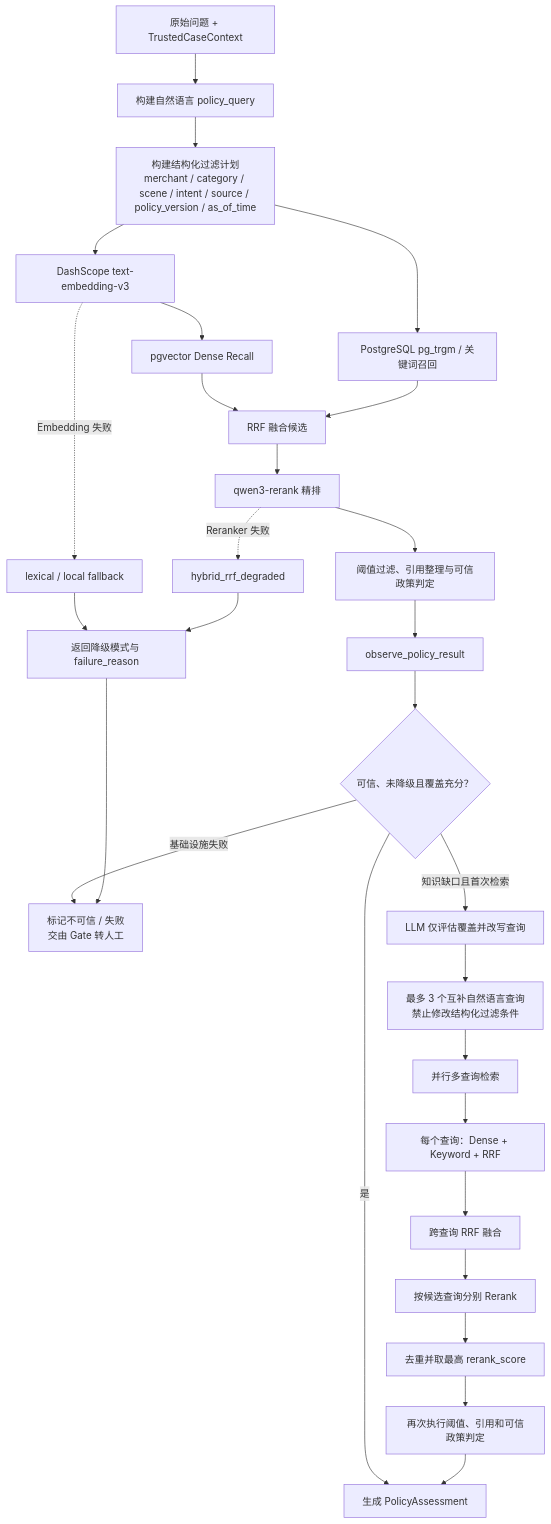
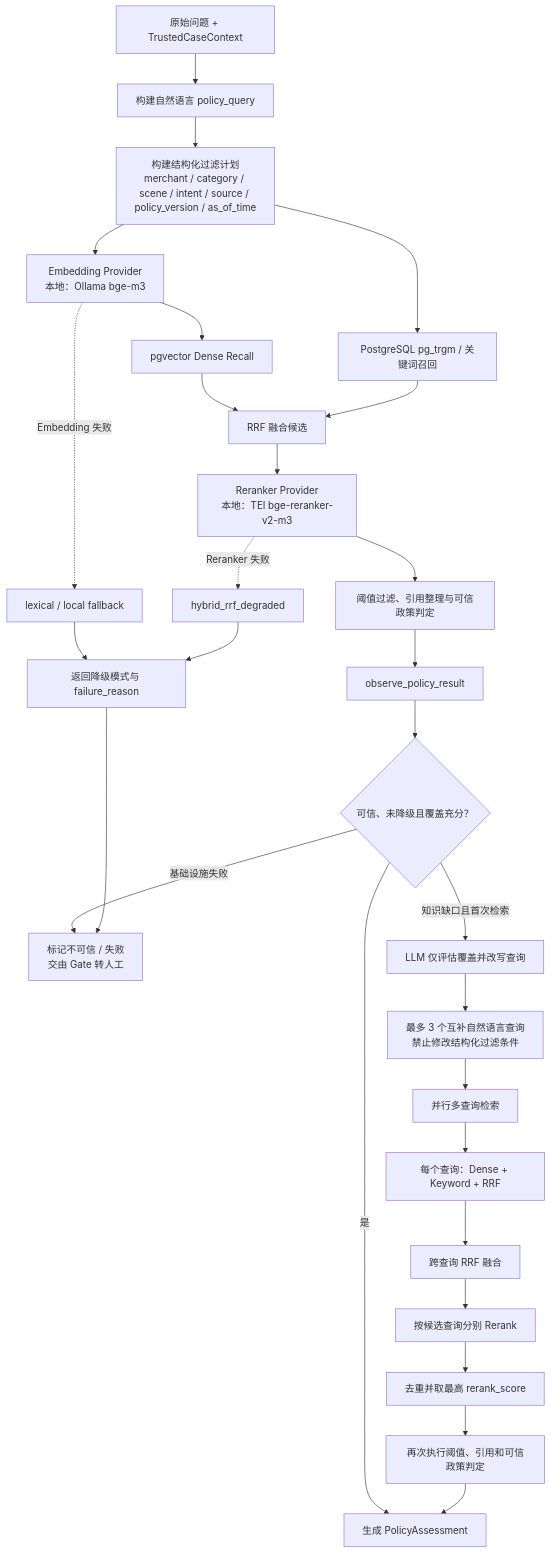
Before and after one commit to zuiaiyenai/ecommerce-after-sales-system: the sixth of 9 diagrams in README.md, drawn with Mermaid. The commit also changed other lines of this file and 26 other files, not shown here.

````diff
--- a/README.md
+++ b/README.md
@@ -289,34 +289,34 @@
 ```mermaid
 flowchart TD
     Q0["原始问题 + TrustedCaseContext"] --> Q1["构建自然语言 policy_query"]
     Q1 --> F0["构建结构化过滤计划<br/>merchant / category / scene / intent / source / policy_version / as_of_time"]
 
-    F0 --> E0["DashScope text-embedding-v3"]
+    F0 --> E0["Embedding Provider<br/>本地：Ollama bge-m3"]
     F0 --> K0["PostgreSQL pg_trgm / 关键词召回"]
     E0 --> V0["pgvector Dense Recall"]
     V0 --> R0["RRF 融合候选"]
     K0 --> R0
-    R0 --> RR0["qwen3-rerank 精排"]
+    R0 --> RR0["Reranker Provider<br/>本地：TEI bge-reranker-v2-m3"]
     RR0 --> T0["阈值过滤、引用整理与可信政策判定"]
 
     T0 --> O0["observe_policy_result"]
     O0 --> C0{"可信、未降级且覆盖充分？"}
     C0 -->|是| A0["生成 PolicyAssessment"]
     C0 -->|基础设施失败| A1["标记不可信 / 失败<br/>交由 Gate 转人工"]
     C0 -->|知识缺口且首次检索| W0["LLM 仅评估覆盖并改写查询"]
 
     W0 --> W1["最多 3 个互补自然语言查询<br/>禁止修改结构化过滤条件"]
     W1 --> MQ0["并行多查询检索"]
     MQ0 --> MQ1["每个查询：Dense + Keyword + RRF"]
     MQ1 --> MQ2["跨查询 RRF 融合"]
     MQ2 --> MQ3["按候选查询分别 Rerank"]
     MQ3 --> MQ4["去重并取最高 rerank_score"]
     MQ4 --> T1["再次执行阈值、引用和可信政策判定"]
     T1 --> A0
 
     E0 -. Embedding 失败 .-> D0["lexical / local fallback"]
     RR0 -. Reranker 失败 .-> D1["hybrid_rrf_degraded"]
     D0 --> D2["返回降级模式与 failure_reason"]
     D1 --> D2
     D2 --> A1
 ```
````
